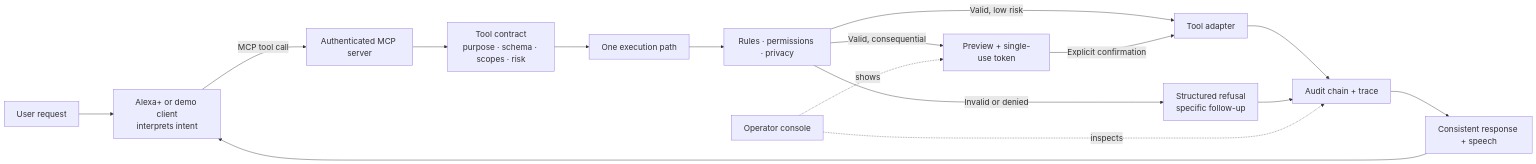
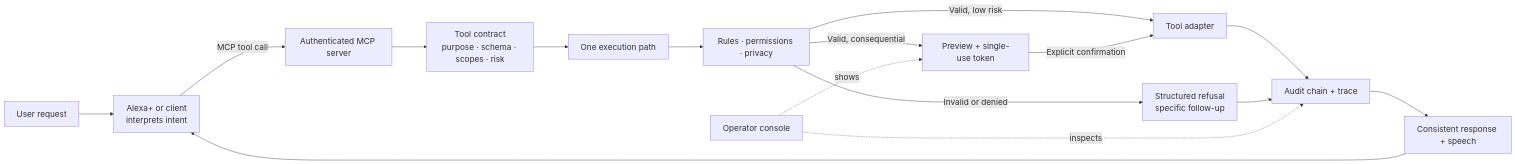
The diagram in PITCH.md (Lil-mast/Alexa3.2), drawn with Mermaid before and after one commit. The commit also changed other lines of this file and 65 other files, not shown here.

````diff
--- a/PITCH.md
+++ b/PITCH.md
@@ -27,19 +27,19 @@
 ```mermaid
 %%{init: {"themeVariables": {"fontSize": "20px"}, "flowchart": {"nodeSpacing": 65, "rankSpacing": 85}}}%%
 flowchart LR
-	Person[User request] --> Client[Alexa+ or demo client<br/>interprets intent]
+	Person[User request] --> Client[Alexa+ or client<br/>interprets intent]
 	Client -->|MCP tool call| Gateway[Authenticated MCP server]
 	Gateway --> Manifest[Tool contract<br/>purpose · schema · scopes · risk]
 	Manifest --> Router[One execution path]
 	Router --> Check[Rules · permissions · privacy]
 	Check -->|Invalid or denied| Explain[Structured refusal<br/>specific follow-up]
 	Check -->|Valid, low risk| Adapter[Tool adapter]
 	Check -->|Valid, consequential| Preview[Preview + single-use token]
 	Preview -->|Explicit confirmation| Adapter
 	Adapter --> Record[Audit chain + trace]
 	Explain --> Record
 	Record --> Result[Consistent response + speech]
 	Result --> Client
 	Console[Operator console] -.inspects.-> Record
 	Console -.shows.-> Preview
 ```
````
